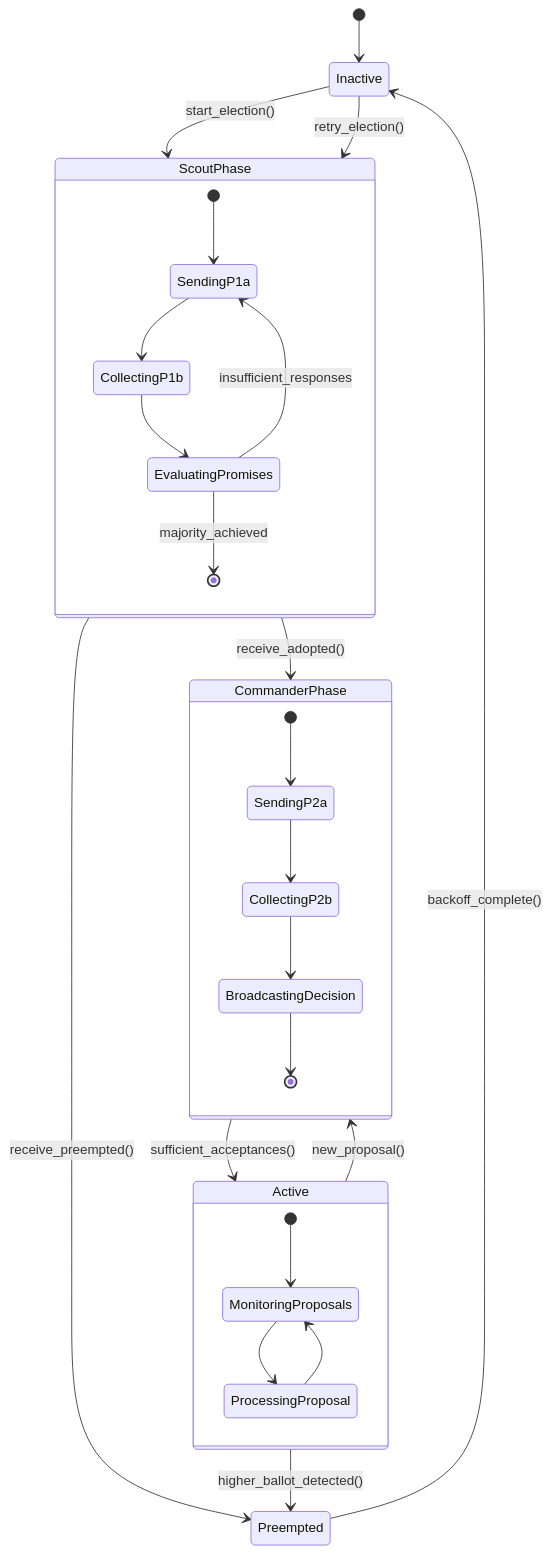
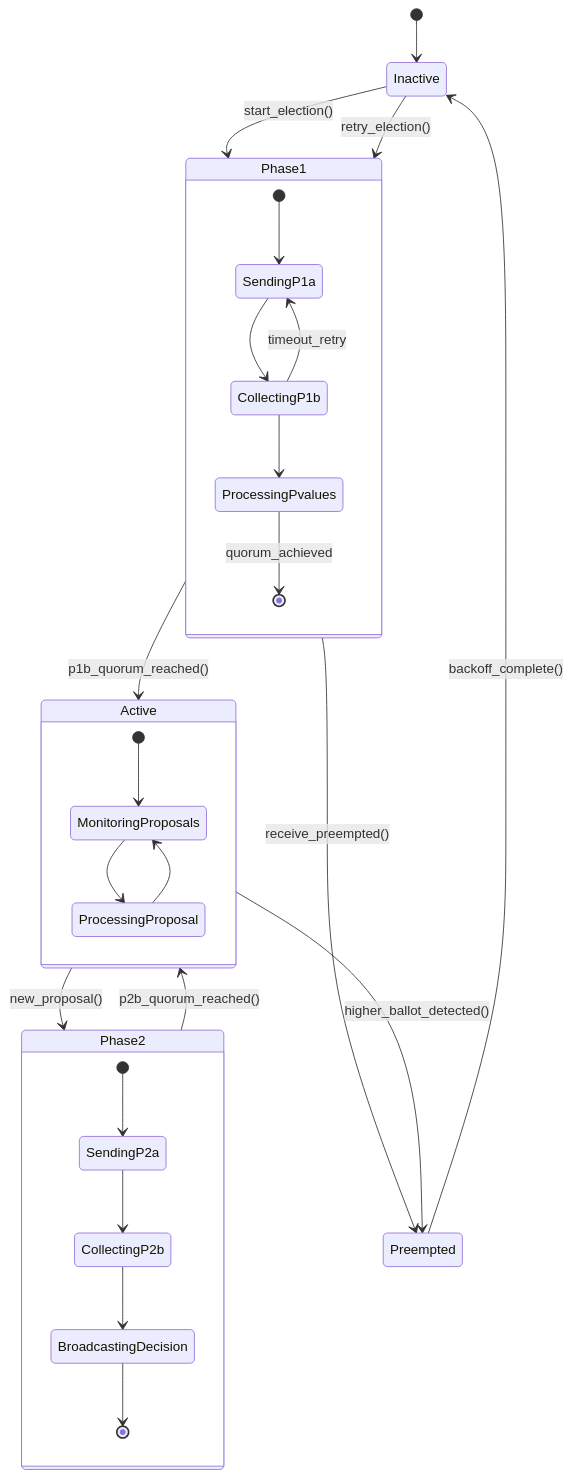
One commit to erewok/multifaustus changed the second of 3 diagrams in docs/src/architecture/state-diagram.md. Above: the diagram before and after it, drawn with Mermaid. The commit also changed other lines of this file and 2 other files, not shown here.

Commit message:
Updates for adopted dropps

````diff
--- a/docs/src/architecture/state-diagram.md
+++ b/docs/src/architecture/state-diagram.md
@@ -58,33 +58,33 @@
 ```mermaid
 stateDiagram-v2
     [*] --> Inactive
-    Inactive --> ScoutPhase : start_election()
-    ScoutPhase --> CommanderPhase : receive_adopted()
-    ScoutPhase --> Preempted : receive_preempted()
-    CommanderPhase --> Active : sufficient_acceptances()
-    Active --> CommanderPhase : new_proposal()
+    Inactive --> Phase1 : start_election()
+    Phase1 --> Active : p1b_quorum_reached()
+    Phase1 --> Preempted : receive_preempted()
+    Active --> Phase2 : new_proposal()
+    Phase2 --> Active : p2b_quorum_reached()
     Active --> Preempted : higher_ballot_detected()
     Preempted --> Inactive : backoff_complete()
-    Inactive --> ScoutPhase : retry_election()
+    Inactive --> Phase1 : retry_election()
 
-    state ScoutPhase {
+    state Phase1 {
         [*] --> SendingP1a
         SendingP1a --> CollectingP1b
-        CollectingP1b --> EvaluatingPromises
-        EvaluatingPromises --> [*] : majority_achieved
-        EvaluatingPromises --> SendingP1a : insufficient_responses
+        CollectingP1b --> ProcessingPvalues
+        ProcessingPvalues --> [*] : quorum_achieved
+        CollectingP1b --> SendingP1a : timeout_retry
     }
 
-    state CommanderPhase {
+    state Phase2 {
         [*] --> SendingP2a
         SendingP2a --> CollectingP2b
         CollectingP2b --> BroadcastingDecision
         BroadcastingDecision --> [*]
     }
 
     state Active {
         [*] --> MonitoringProposals
         MonitoringProposals --> ProcessingProposal
         ProcessingProposal --> MonitoringProposals
     }
 ```
````
